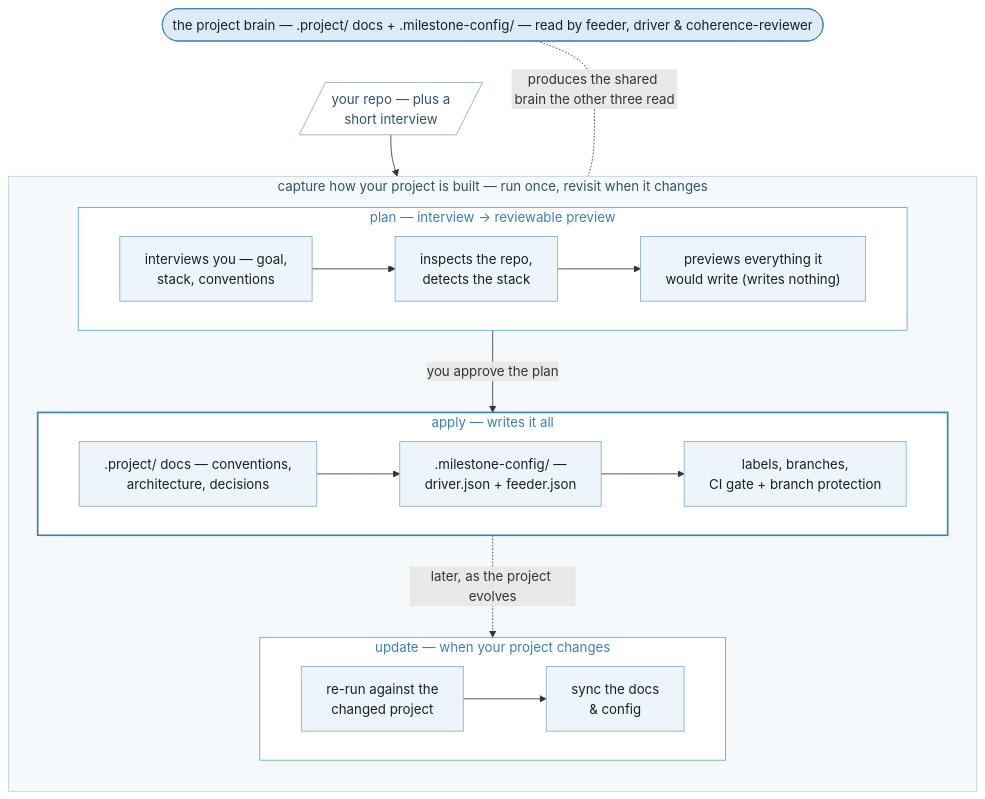
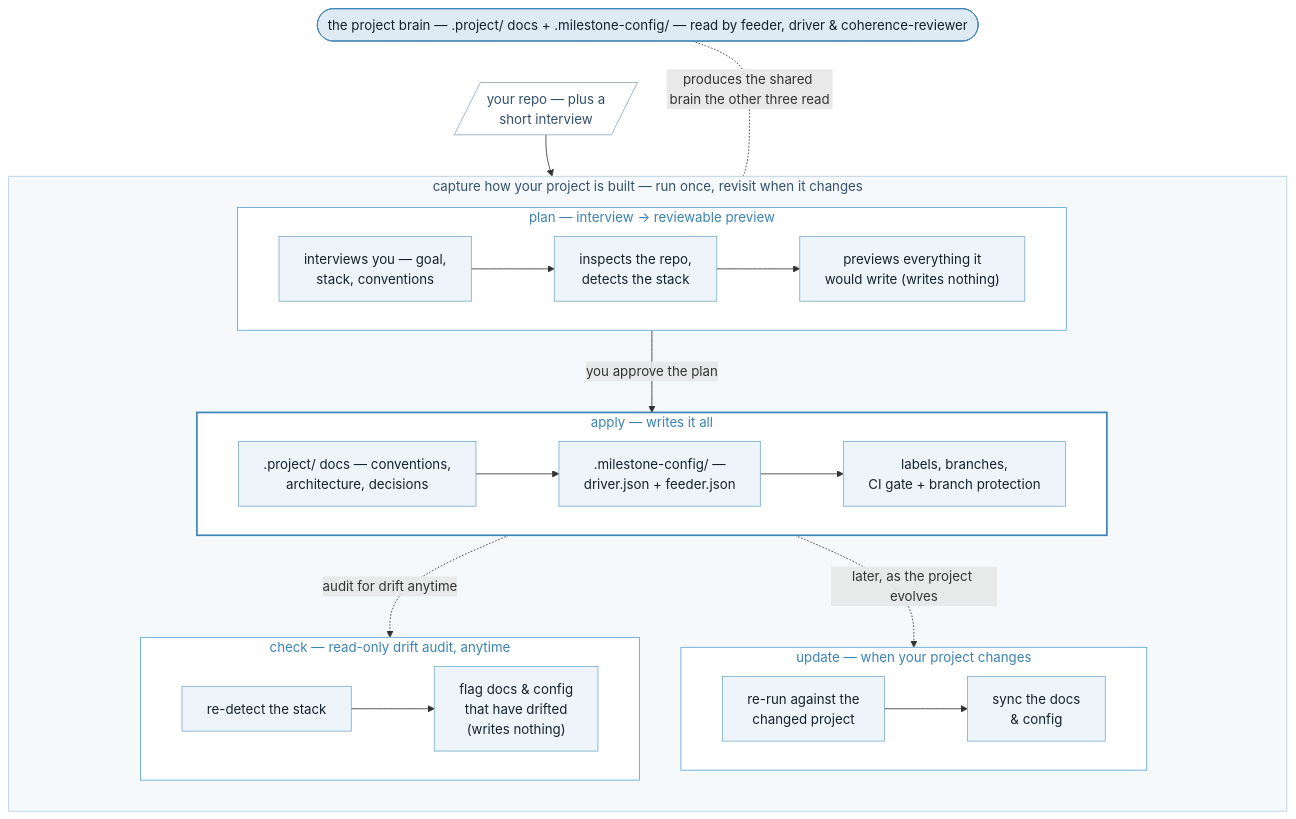
The diagram in README.md (kenmulford/milestone-bootstrapper), drawn with Mermaid before and after one commit. The commit also changed other lines of this file, not shown here.

First line of the commit message:
docs: sync README with the check command (v0.7.0)

````diff
--- a/README.md
+++ b/README.md
@@ -36,39 +36,45 @@
 ```mermaid
 %%{init: {"flowchart": {"wrappingWidth": 900}} }%%
 flowchart TD
     brain(["the project brain — .project/ docs + .milestone-config/ — read by feeder, driver &amp; coherence-reviewer"])
 
     input[/"your repo — plus a<br/>short interview"/]
 
     subgraph loop [capture how your project is built — run once, revisit when it changes]
         direction TB
         subgraph sgP [plan — interview → reviewable preview]
             direction LR
             p1["interviews you — goal,<br/>stack, conventions"] --> p2["inspects the repo,<br/>detects the stack"] --> p3["previews everything it<br/>would write (writes nothing)"]
         end
         subgraph sgA [apply — writes it all]
             direction LR
             a1[".project/ docs — conventions,<br/>architecture, decisions"] --> a2[".milestone-config/ —<br/>driver.json + feeder.json"] --> a3["labels, branches,<br/>CI gate + branch protection"]
         end
         subgraph sgU [update — when your project changes]
             direction LR
             u1["re-run against the<br/>changed project"] --> u2["sync the docs<br/>&amp; config"]
         end
+        subgraph sgC [check — read-only drift audit, anytime]
+            direction LR
+            c1["re-detect the stack"] --> c2["flag docs &amp; config<br/>that have drifted<br/>(writes nothing)"]
+        end
 
         sgP -->|you approve the plan| sgA
         sgA -.->|later, as the project evolves| sgU
+        sgA -.->|audit for drift anytime| sgC
     end
 
     brain ~~~ input
     input --> sgP
     brain <-.-|produces the shared brain the other three read| loop
 
     style brain fill:#DEEBF5,stroke:#3A82B4,color:#15212B
     style input fill:#FFFFFF,stroke:#94A9B8,color:#33506B
     style loop fill:#F5F9FC,stroke:#B9CFDF,color:#33506B
     style sgP fill:#FFFFFF,stroke:#5AA6D4,color:#3A82B4
     style sgA fill:#FFFFFF,stroke:#3A82B4,stroke-width:2px,color:#3A82B4
     style sgU fill:#FFFFFF,stroke:#5AA6D4,color:#3A82B4
+    style sgC fill:#FFFFFF,stroke:#5AA6D4,color:#3A82B4
     classDef action fill:#EDF4FA,stroke:#7FAECE,color:#15212B
-    class p1,p2,p3,a1,a2,a3,u1,u2 action
+    class p1,p2,p3,a1,a2,a3,u1,u2,c1,c2 action
 ```
````
